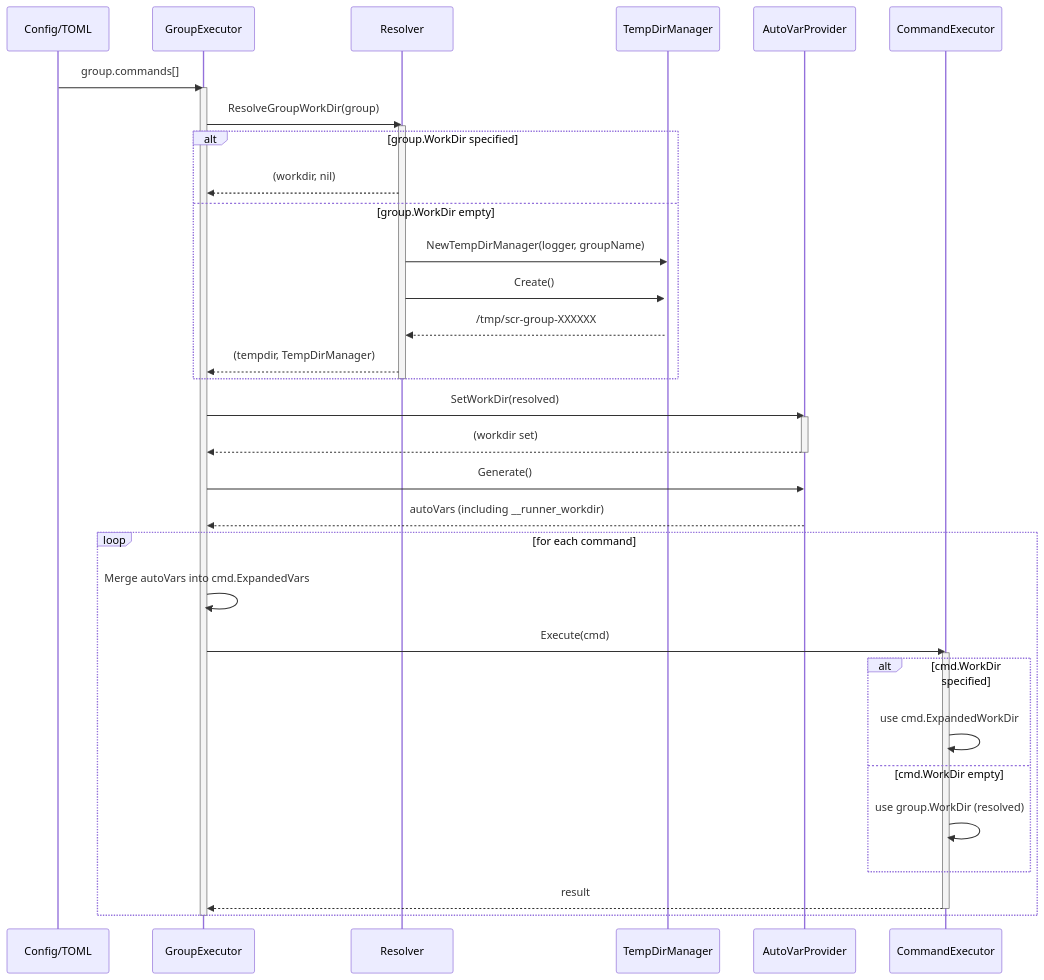
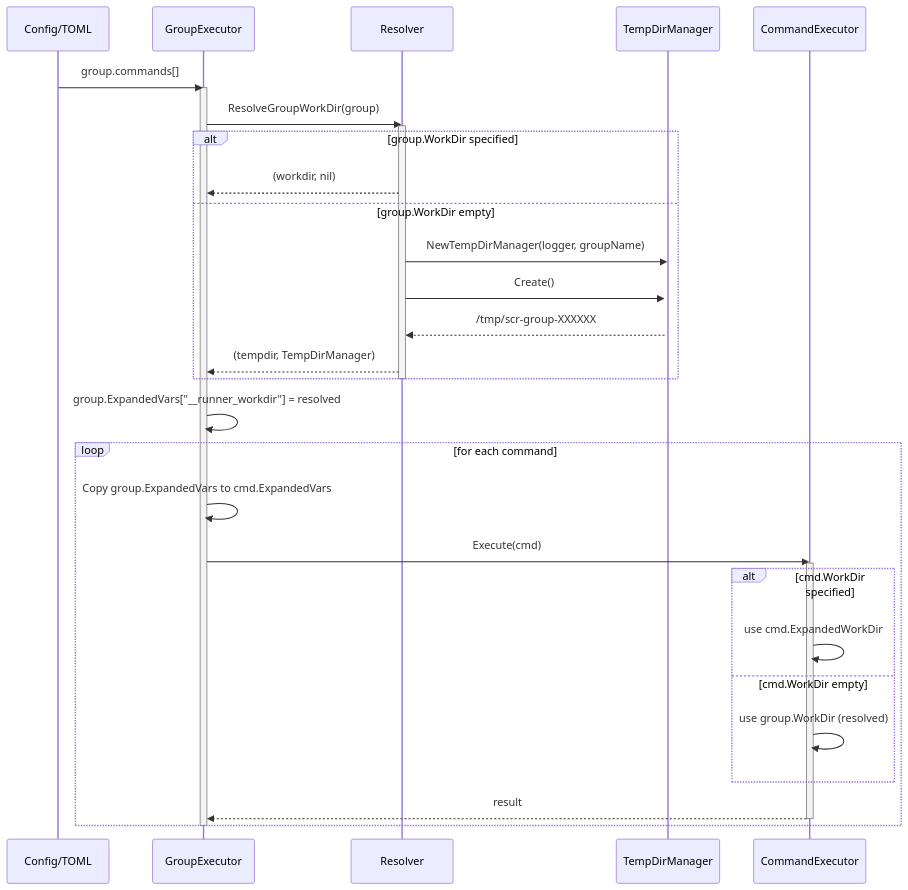
Before and after one commit to isseis/go-safe-cmd-runner: the eighth of 11 diagrams in docs/tasks/0034_workdir_redesign/02_architecture.md, drawn with Mermaid. The commit also changed other lines of this file and 1 other file, not shown here.

First line of the commit message:
Replace AutoVarProvider workflow with group.ExpandedVars __runner_workdir

````diff
--- a/docs/tasks/0034_workdir_redesign/02_architecture.md
+++ b/docs/tasks/0034_workdir_redesign/02_architecture.md
@@ -523,51 +522,44 @@
 ```mermaid
 sequenceDiagram
     participant Config as Config/TOML
     participant GE as GroupExecutor
     participant Resolve as Resolver
     participant TDM as TempDirManager
-    participant AVP as AutoVarProvider
     participant CE as CommandExecutor
 
     Config->>GE: group.commands[]
     activate GE
 
     GE->>Resolve: ResolveGroupWorkDir(group)
     activate Resolve
 
     alt group.WorkDir specified
         Resolve-->>GE: (workdir, nil)
     else group.WorkDir empty
         Resolve->>TDM: NewTempDirManager(logger, groupName)
         activate TDM
         Resolve->>TDM: Create()
         TDM-->>Resolve: /tmp/scr-group-XXXXXX
         Resolve-->>GE: (tempdir, TempDirManager)
     end
     deactivate Resolve
 
-    GE->>AVP: SetWorkDir(resolved)
-    activate AVP
-    AVP-->>GE: (workdir set)
-    deactivate AVP
-
-    GE->>AVP: Generate()
-    AVP-->>GE: autoVars (including __runner_workdir)
+    GE->>GE: group.ExpandedVars["__runner_workdir"] = resolved
 
     loop for each command
-        GE->>GE: Merge autoVars into cmd.ExpandedVars
+        GE->>GE: Copy group.ExpandedVars to cmd.ExpandedVars
         GE->>CE: Execute(cmd)
         activate CE
 
         alt cmd.WorkDir specified
             CE->>CE: use cmd.ExpandedWorkDir
         else cmd.WorkDir empty
             CE->>CE: use group.WorkDir (resolved)
         end
 
         CE-->>GE: result
         deactivate CE
     end
 
     deactivate GE
 ```
````
